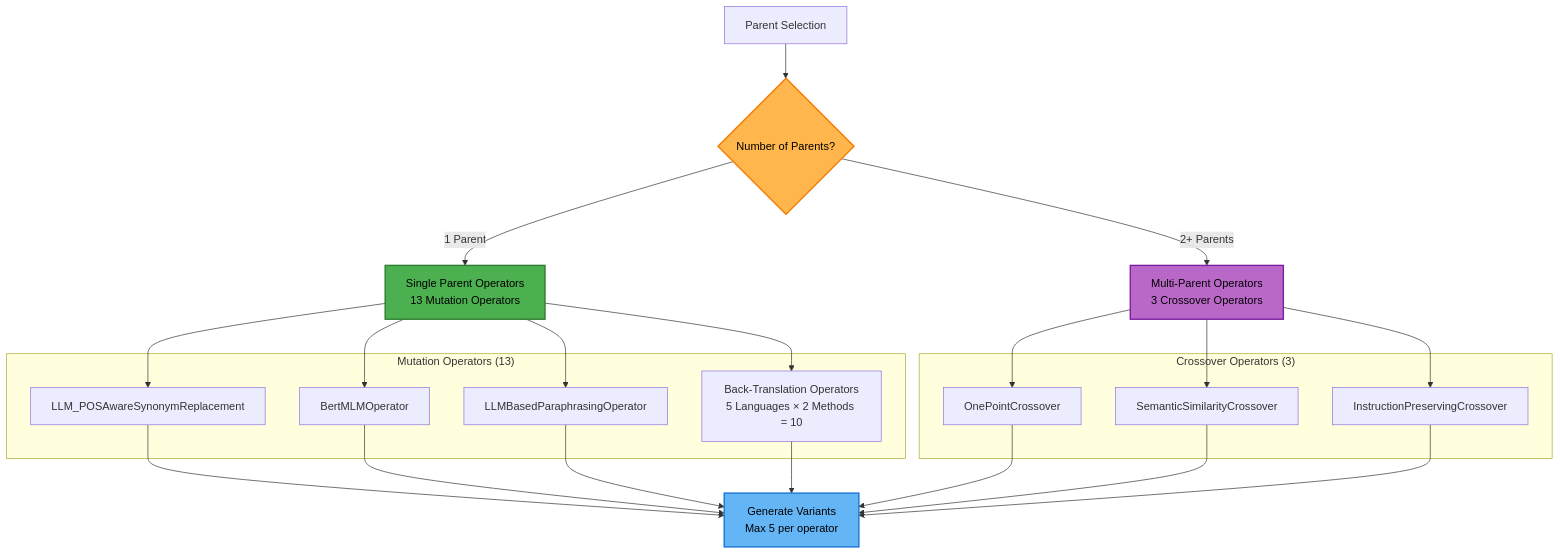
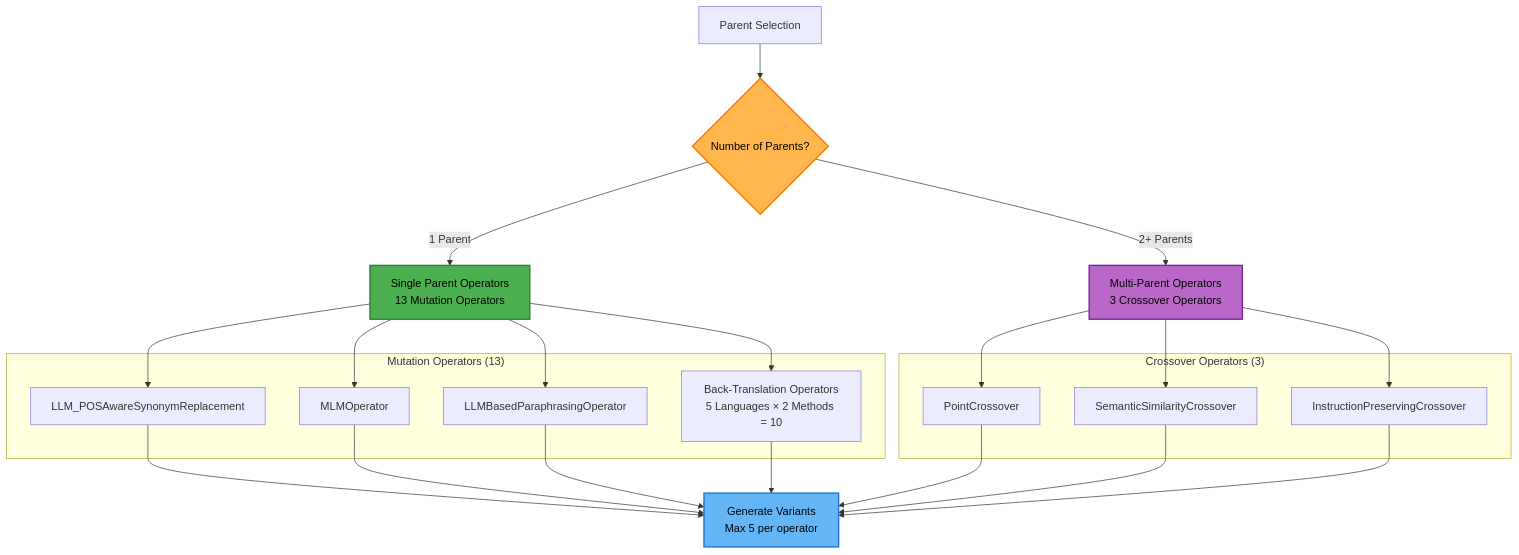
Before and after one commit to Onkar2102/ToxSearch: the first of 4 diagrams in src/ea/README.md, drawn with Mermaid. The commit also changed other lines of this file and 26 other files, not shown here.

````diff
--- a/src/ea/README.md
+++ b/src/ea/README.md
@@ -147,41 +147,41 @@
 ```mermaid
 flowchart TD
   A[Parent Selection] --> B{Number of Parents?}
   B -->|1 Parent| C[Single Parent Operators<br/>13 Mutation Operators]
   B -->|2+ Parents| D[Multi-Parent Operators<br/>3 Crossover Operators]
   
   subgraph "Mutation Operators (13)"
     E1[LLM_POSAwareSynonymReplacement]
-    E2[BertMLMOperator]
+  E2[MLMOperator]
     E3[LLMBasedParaphrasingOperator]
     E4[Back-Translation Operators<br/>5 Languages × 2 Methods = 10]
   end
   
   subgraph "Crossover Operators (3)"
-    F1[OnePointCrossover]
+    F1[PointCrossover]
     F2[SemanticSimilarityCrossover]
     F3[InstructionPreservingCrossover]
   end
   
   C --> E1
   C --> E2
   C --> E3
   C --> E4
   
   D --> F1
   D --> F2
   D --> F3
   
   E1 --> G[Generate Variants<br/>Max 5 per operator]
   E2 --> G
   E3 --> G
   E4 --> G
   F1 --> G
   F2 --> G
   F3 --> G
   
   style B fill:#ffb74d,stroke:#f57c00,stroke-width:2px,color:#000
   style C fill:#4caf50,stroke:#2e7d32,stroke-width:2px,color:#000
   style D fill:#ba68c8,stroke:#7b1fa2,stroke-width:2px,color:#000
   style G fill:#64b5f6,stroke:#1976d2,stroke-width:2px,color:#000
 ```
````
